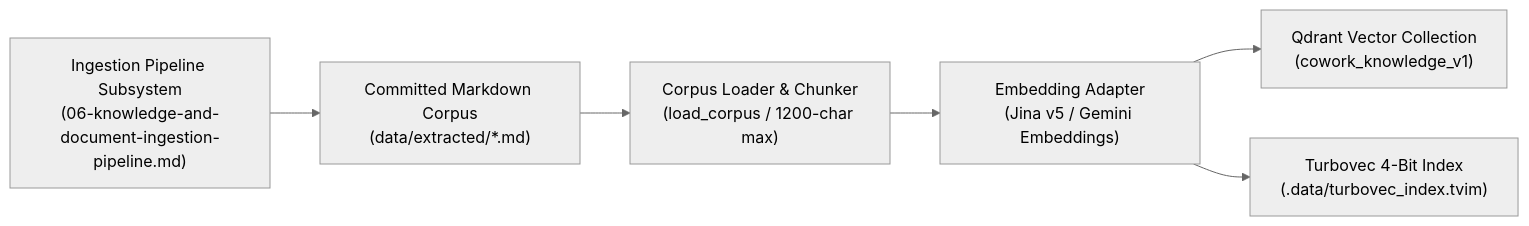
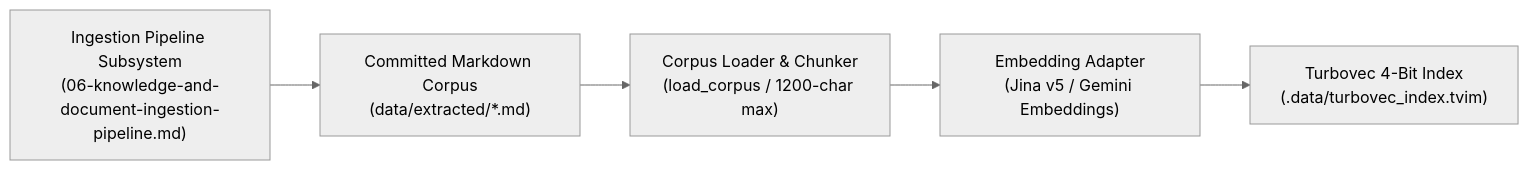
One commit to MathematicGuy/EMAIL-AGENT-v1 changed the first of 2 diagrams in docs/architectures/current-architectures/05-rag-architecture.md. Above: the diagram before and after it, drawn with Mermaid (neutral theme). The commit also changed other lines of this file and 50 other files, not shown here.

````diff
--- a/docs/architectures/current-architectures/05-rag-architecture.md
+++ b/docs/architectures/current-architectures/05-rag-architecture.md
@@ -32,9 +32,8 @@
 ```mermaid
 flowchart LR
     INGEST["Ingestion Pipeline Subsystem<br/>(06-knowledge-and-document-ingestion-pipeline.md)"] --> MD["Committed Markdown Corpus<br/>(data/extracted/*.md)"]
     MD --> LOADER["Corpus Loader & Chunker<br/>(load_corpus / 1200-char max)"]
     LOADER --> EMBED["Embedding Adapter<br/>(Jina v5 / Gemini Embeddings)"]
     
-    EMBED --> STORE_QDRANT["Qdrant Vector Collection<br/>(cowork_knowledge_v1)"]
     EMBED --> STORE_TURBO["Turbovec 4-Bit Index<br/>(.data/turbovec_index.tvim)"]
 ```
````
